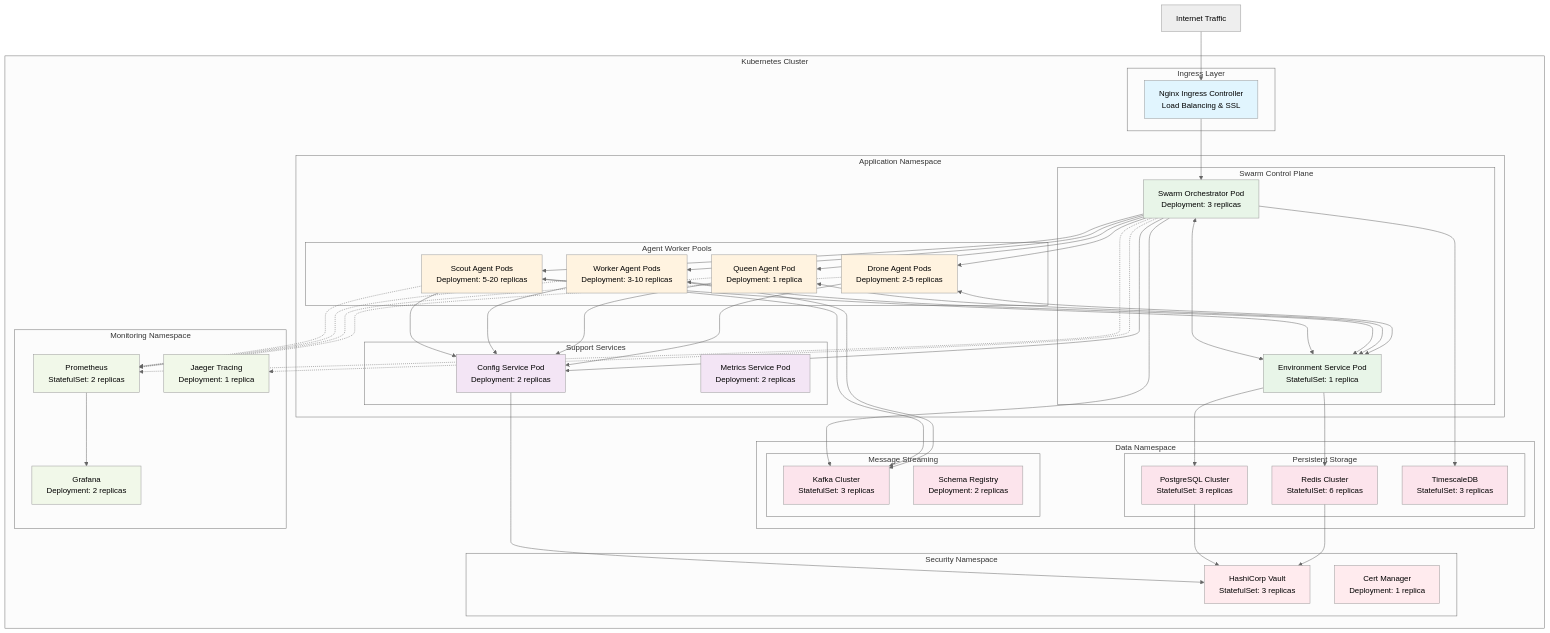
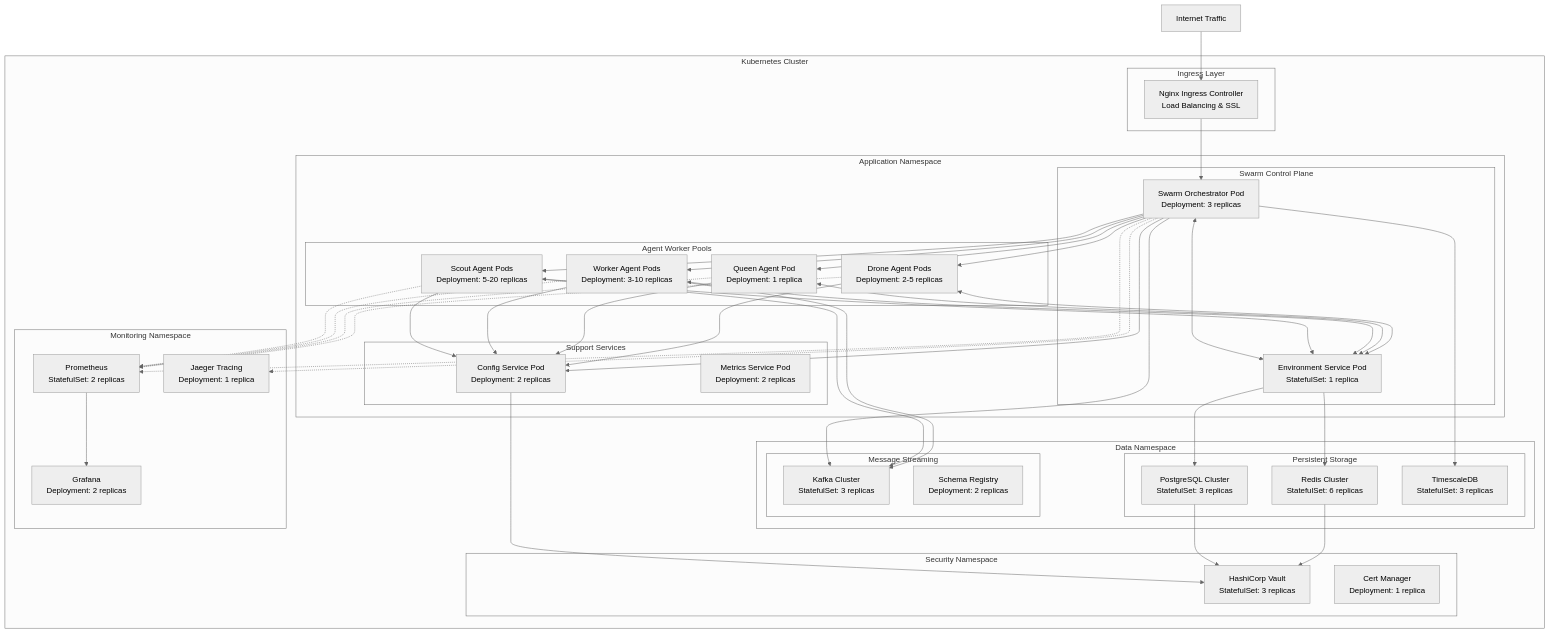
Before and after one commit to petewilburn/Python-Programs-for-Fun-and-Education: the fifth of 12 diagrams in src/Python_Programs/Hierarchical_Swarm_Enterprise_Architecture.md, drawn with Mermaid (neutral theme). The commit also changed other lines of this file and 3 other files, not shown here.

Commit message:
Remove all Mermaid styling for better dark mode compatibility

````diff
--- a/src/Python_Programs/Hierarchical_Swarm_Enterprise_Architecture.md
+++ b/src/Python_Programs/Hierarchical_Swarm_Enterprise_Architecture.md
@@ -482,19 +445,4 @@
     Redis --> Vault
     
     %% Styling
-    classDef ingress fill:#e1f5fe
-    classDef control fill:#e8f5e8
-    classDef agent fill:#fff3e0
-    classDef support fill:#f3e5f5
-    classDef data fill:#fce4ec
-    classDef monitoring fill:#f1f8e9
-    classDef security fill:#ffebee
-    
-    class Ingress ingress
-    class OrchestratorPod,EnvironmentPod control
-    class ScoutPods,WorkerPods,QueenPod,DronePods agent
-    class ConfigPod,MetricsPod support
-    class PostgreSQL,Redis,TimescaleDB,Kafka,Schema data
-    class Prometheus,Grafana,Jaeger monitoring
-    class Vault,CertManager security
 ```
````
